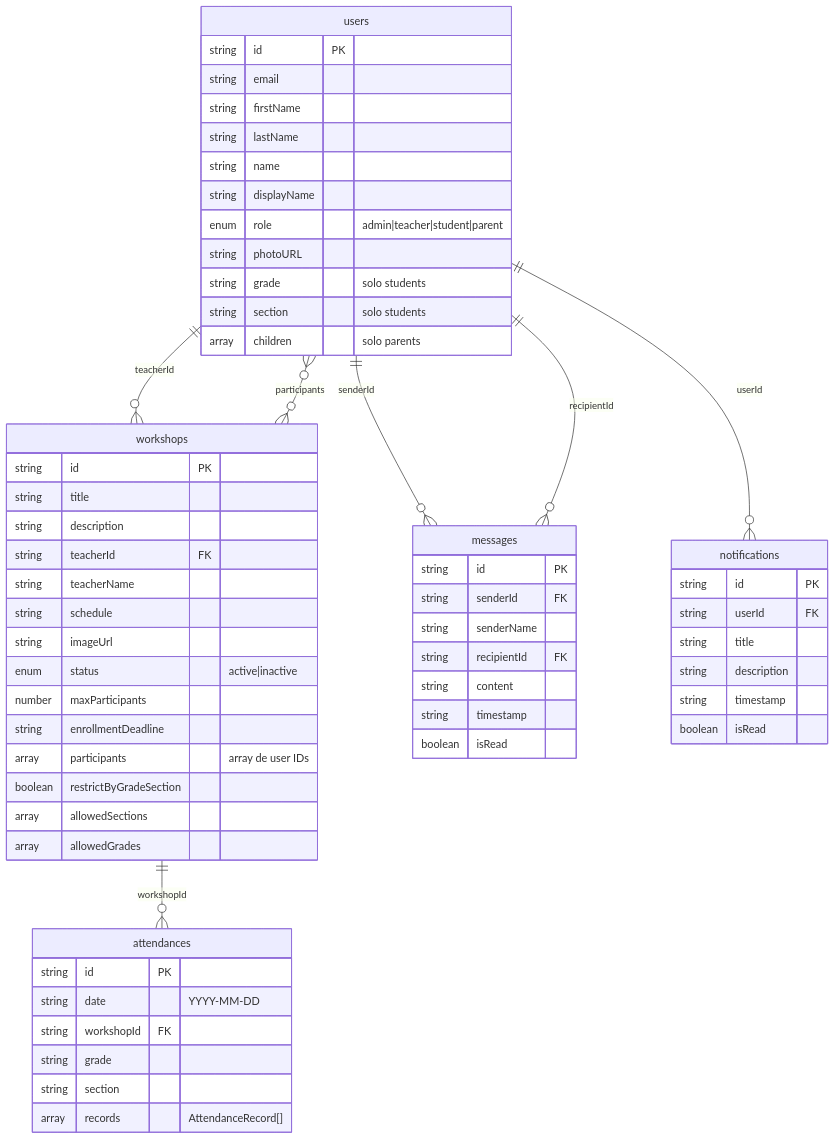
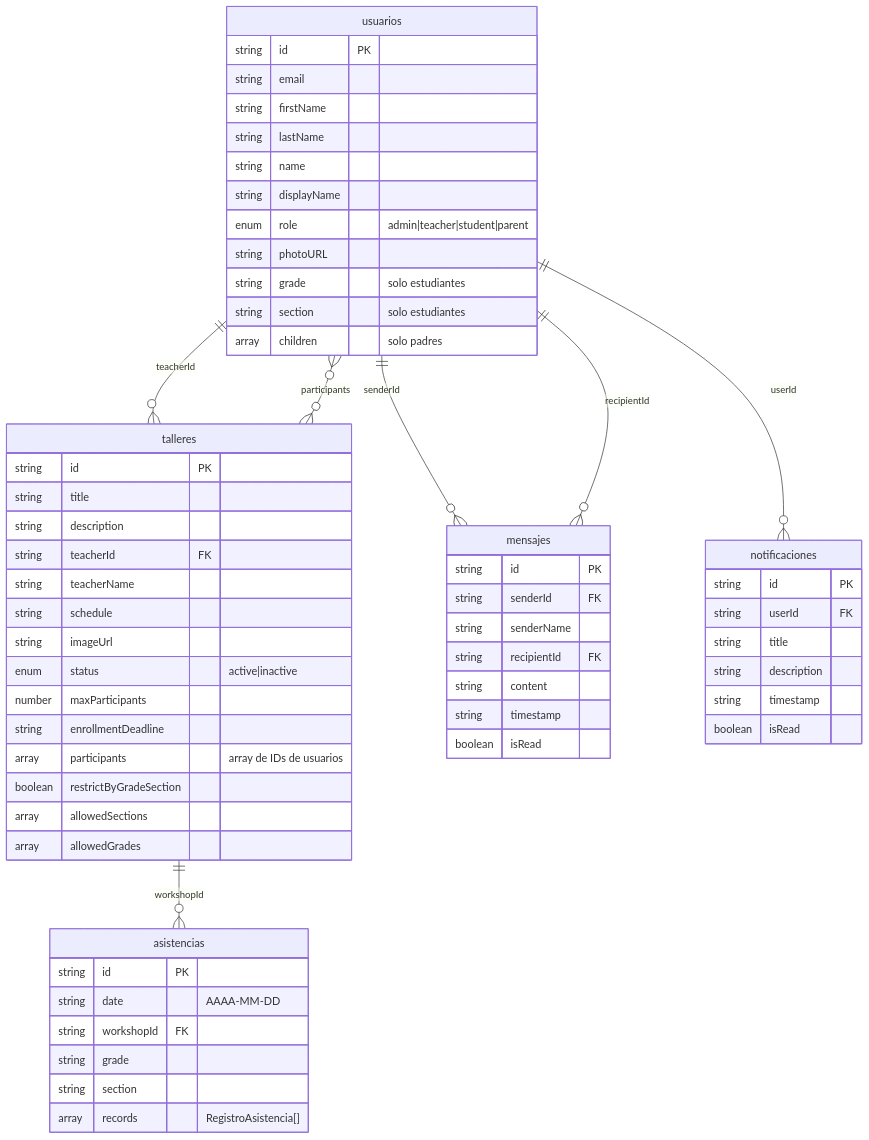
One commit to Dontoti02/web-sigte changed the diagram in docs/DATABASE.md. Above: the diagram before and after it, drawn with Mermaid. The commit also changed other lines of this file and 1 other file, not shown here.

````diff
--- a/docs/DATABASE.md
+++ b/docs/DATABASE.md
@@ -5,68 +5,68 @@
 ```mermaid
 erDiagram
-    users ||--o{ workshops : "teacherId"
-    users }o--o{ workshops : "participants"
-    workshops ||--o{ attendances : "workshopId"
-    users ||--o{ messages : "senderId"
-    users ||--o{ messages : "recipientId"
-    users ||--o{ notifications : "userId"
+    usuarios ||--o{ talleres : "teacherId"
+    usuarios }o--o{ talleres : "participants"
+    talleres ||--o{ asistencias : "workshopId"
+    usuarios ||--o{ mensajes : "senderId"
+    usuarios ||--o{ mensajes : "recipientId"
+    usuarios ||--o{ notificaciones : "userId"
 
-    users {
+    usuarios {
         string id PK
         string email
         string firstName
         string lastName
         string name
         string displayName
         enum role "admin|teacher|student|parent"
         string photoURL
-        string grade "solo students"
-        string section "solo students"
-        array children "solo parents"
+        string grade "solo estudiantes"
+        string section "solo estudiantes"
+        array children "solo padres"
     }
 
-    workshops {
+    talleres {
         string id PK
         string title
         string description
         string teacherId FK
         string teacherName
         string schedule
         string imageUrl
         enum status "active|inactive"
         number maxParticipants
         string enrollmentDeadline
-        array participants "array de user IDs"
+        array participants "array de IDs de usuarios"
         boolean restrictByGradeSection
         array allowedSections
         array allowedGrades
     }
 
-    attendances {
+    asistencias {
         string id PK
-        string date "YYYY-MM-DD"
+        string date "AAAA-MM-DD"
         string workshopId FK
         string grade
         string section
-        array records "AttendanceRecord[]"
+        array records "RegistroAsistencia[]"
     }
 
-    messages {
+    mensajes {
         string id PK
         string senderId FK
         string senderName
         string recipientId FK
         string content
         string timestamp
         boolean isRead
     }
 
-    notifications {
+    notificaciones {
         string id PK
         string userId FK
         string title
         string description
         string timestamp
         boolean isRead
     }
 ```
````
